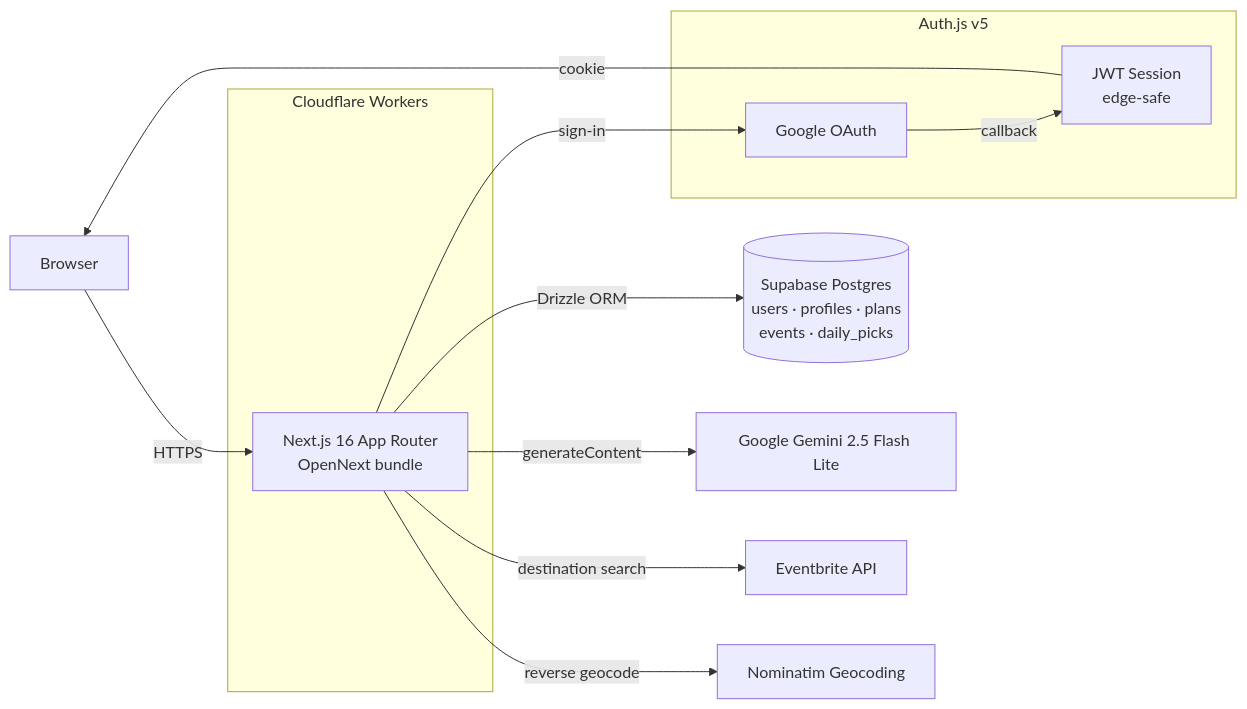
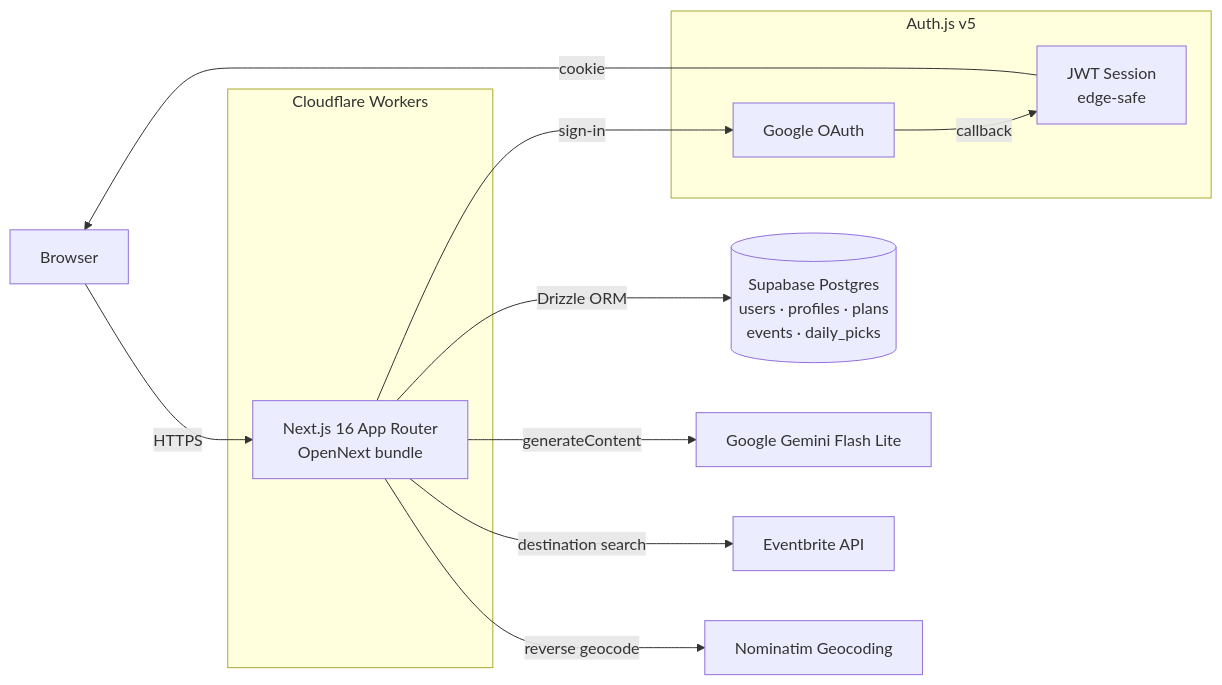
One commit to mikeylim/iEventer changed the diagram in README.md. Above: the diagram before and after it, drawn with Mermaid. The commit also changed other lines of this file and 1 other file, not shown here.

First line of the commit message:
docs(portfolio): sync README and roadmap with current state

````diff
--- a/README.md
+++ b/README.md
@@ -64,28 +63,28 @@
 ```mermaid
 flowchart LR
   Browser[Browser]
 
   subgraph CF[Cloudflare Workers]
     NextApp[Next.js 16 App Router<br/>OpenNext bundle]
   end
 
   subgraph Auth[Auth.js v5]
     Google[Google OAuth]
     JWT[JWT Session<br/>edge-safe]
   end
 
   Supabase[(Supabase Postgres<br/>users · profiles · plans<br/>events · daily_picks)]
-  Gemini[Google Gemini 2.5 Flash Lite]
+  Gemini[Google Gemini Flash Lite]
   Eventbrite[Eventbrite API]
   Nominatim[Nominatim Geocoding]
 
   Browser -->|HTTPS| NextApp
   NextApp -->|"sign-in"| Google
   Google -->|callback| JWT
   JWT -->|cookie| Browser
 
   NextApp -->|Drizzle ORM| Supabase
   NextApp -->|generateContent| Gemini
   NextApp -->|destination search| Eventbrite
   NextApp -->|reverse geocode| Nominatim
 ```
````
